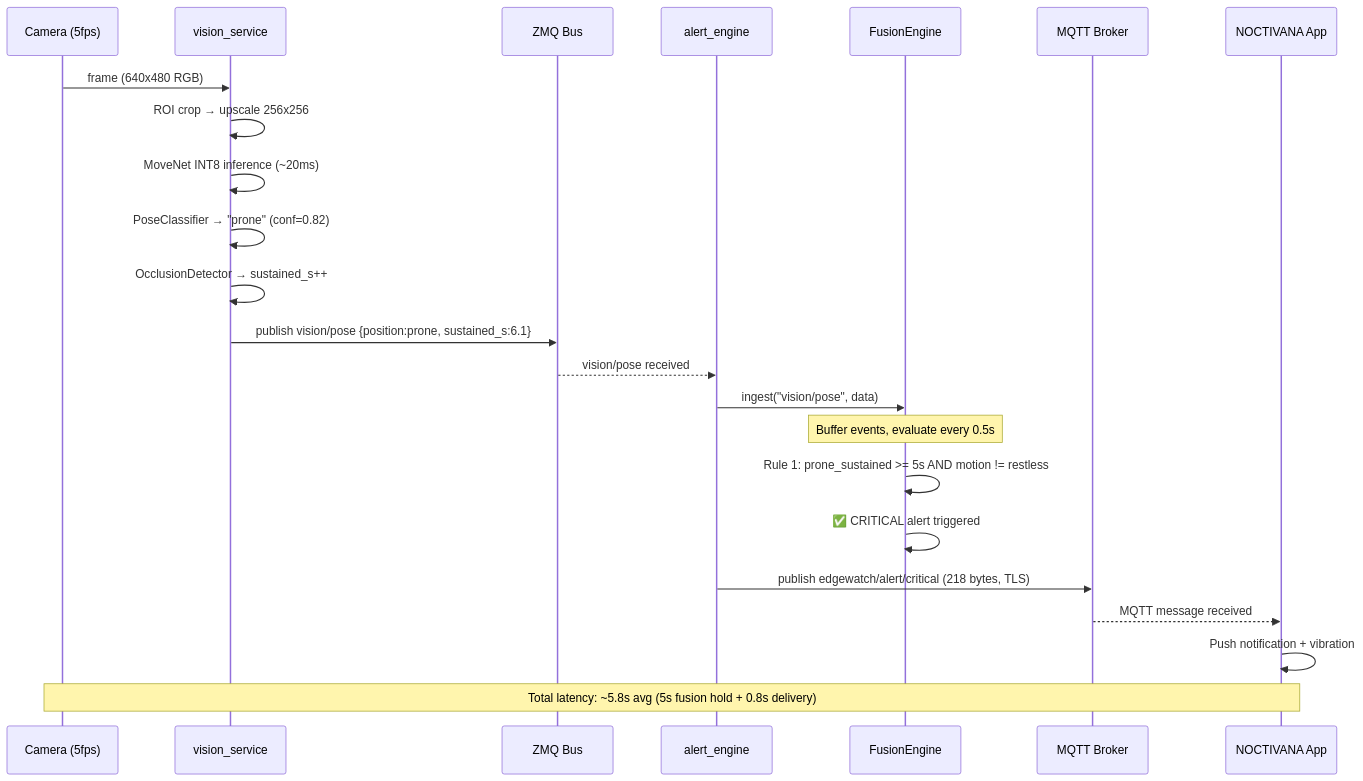
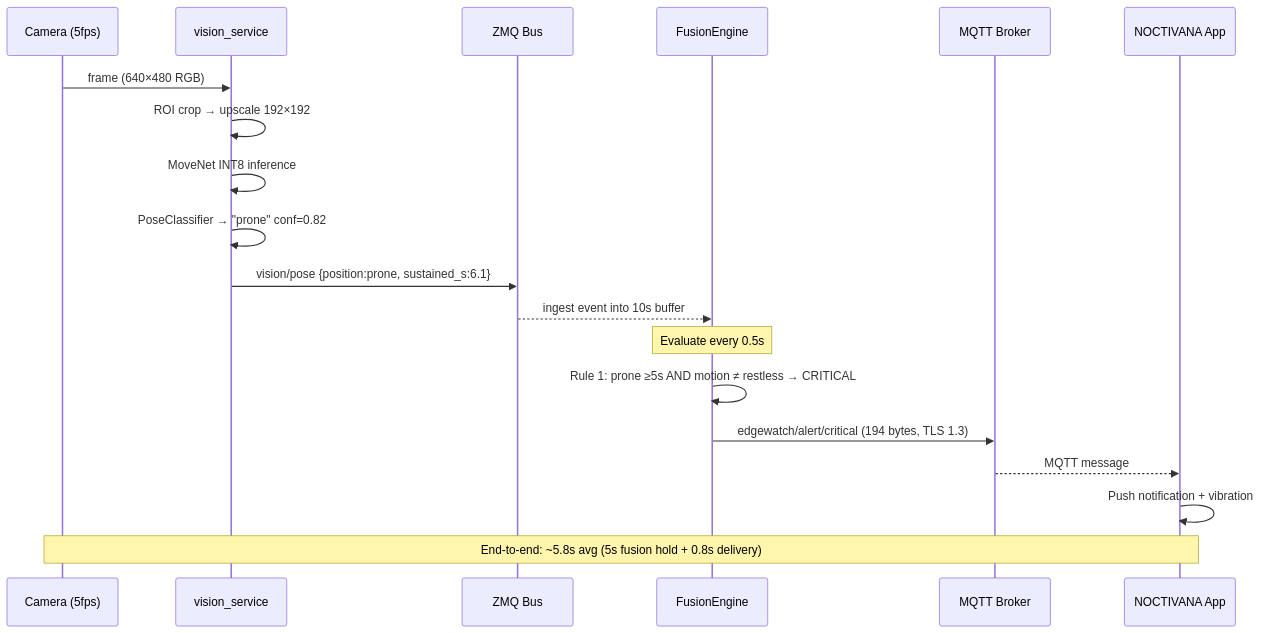
One commit to Hrushikesh-ramilla/Noctivana changed the second of 5 diagrams in README.md. Above: the diagram before and after it, drawn with Mermaid. The commit also changed other lines of this file, not shown here.

Commit message:
docs: add architecture/pipeline/sensor/app/privacy images to README

````diff
--- a/README.md
+++ b/README.md
@@ -227,26 +172,22 @@
 ```mermaid
 sequenceDiagram
     participant CAM as Camera (5fps)
     participant VS as vision_service
     participant ZMQ as ZMQ Bus
-    participant AE as alert_engine
     participant FE as FusionEngine
     participant MQ as MQTT Broker
     participant APP as NOCTIVANA App
 
-    CAM->>VS: frame (640x480 RGB)
-    VS->>VS: ROI crop → upscale 256x256
-    VS->>VS: MoveNet INT8 inference (~20ms)
-    VS->>VS: PoseClassifier → "prone" (conf=0.82)
-    VS->>VS: OcclusionDetector → sustained_s++
-    VS->>ZMQ: publish vision/pose {position:prone, sustained_s:6.1}
-    ZMQ-->>AE: vision/pose received
-    AE->>FE: ingest("vision/pose", data)
-    Note over FE: Buffer events, evaluate every 0.5s
-    FE->>FE: Rule 1: prone_sustained >= 5s AND motion != restless
-    FE->>FE: ✅ CRITICAL alert triggered
-    AE->>MQ: publish edgewatch/alert/critical (218 bytes, TLS)
-    MQ-->>APP: MQTT message received
+    CAM->>VS: frame (640×480 RGB)
+    VS->>VS: ROI crop → upscale 192×192
+    VS->>VS: MoveNet INT8 inference
+    VS->>VS: PoseClassifier → "prone" conf=0.82
+    VS->>ZMQ: vision/pose {position:prone, sustained_s:6.1}
+    ZMQ-->>FE: ingest event into 10s buffer
+    Note over FE: Evaluate every 0.5s
+    FE->>FE: Rule 1: prone ≥5s AND motion ≠ restless → CRITICAL
+    FE->>MQ: edgewatch/alert/critical (194 bytes, TLS 1.3)
+    MQ-->>APP: MQTT message
     APP->>APP: Push notification + vibration
-    Note over CAM,APP: Total latency: ~5.8s avg (5s fusion hold + 0.8s delivery)
+    Note over CAM,APP: End-to-end: ~5.8s avg (5s fusion hold + 0.8s delivery)
 ```
````
